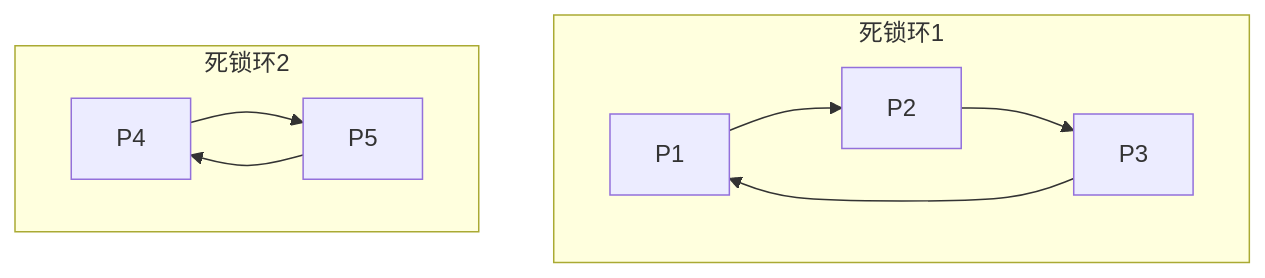
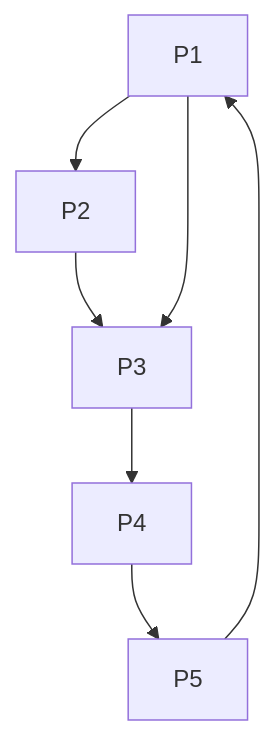
One commit to EmptyBlueBox/Operating_Systems-2025Spring-PKU changed the third of 14 diagrams in Resource/思考题.md. Above: the diagram before and after it, drawn with Mermaid. The commit also changed other lines of this file and 22 other files, not shown here.

````diff
--- a/Resource/思考题.md
+++ b/Resource/思考题.md
@@ -857,9 +755,5 @@
-    ```mermaid
-    graph TD
-        subgraph 死锁环1
-            P1 --> P2 --> P3 --> P1
-        end
-        subgraph 死锁环2
-            P4 --> P5 --> P4
-        end
-    ```
+```mermaid
+graph TD
+    P1 --> P2 --> P3 --> P4 --> P5 --> P1
+    P1 --> P3
+```
````
